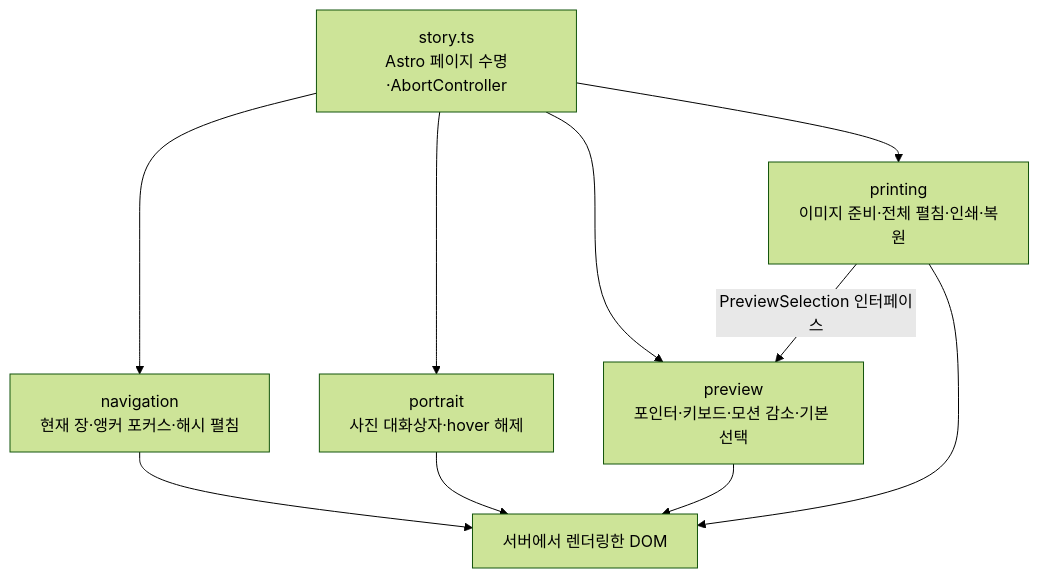
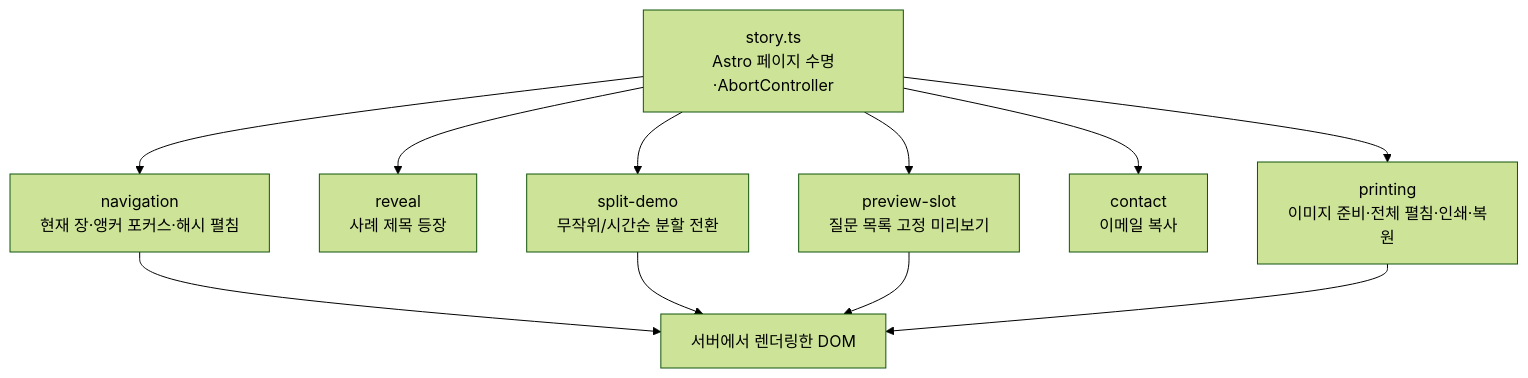
One commit to pollux-o4/itIsMe changed the second of 2 diagrams in docs/architecture/03-components.md. Above: the diagram before and after it, drawn with Mermaid (forest theme). The commit also changed other lines of this file and 84 other files, not shown here.

````diff
--- a/docs/architecture/03-components.md
+++ b/docs/architecture/03-components.md
@@ -26,12 +24,13 @@
 ```mermaid
 flowchart TB
   lifecycle["story.ts<br/>Astro 페이지 수명·AbortController"] --> nav["navigation<br/>현재 장·앵커 포커스·해시 펼침"]
-  lifecycle --> portrait["portrait<br/>사진 대화상자·hover 해제"]
-  lifecycle --> preview["preview<br/>포인터·키보드·모션 감소·기본 선택"]
+  lifecycle --> reveal["reveal<br/>사례 제목 등장"]
+  lifecycle --> split["split-demo<br/>무작위/시간순 분할 전환"]
+  lifecycle --> slot["preview-slot<br/>질문 목록 고정 미리보기"]
+  lifecycle --> contact["contact<br/>이메일 복사"]
   lifecycle --> print["printing<br/>이미지 준비·전체 펼침·인쇄·복원"]
-  print -->|PreviewSelection 인터페이스| preview
   nav --> dom["서버에서 렌더링한 DOM"]
-  portrait --> dom
-  preview --> dom
+  split --> dom
+  slot --> dom
   print --> dom
 ```
````
